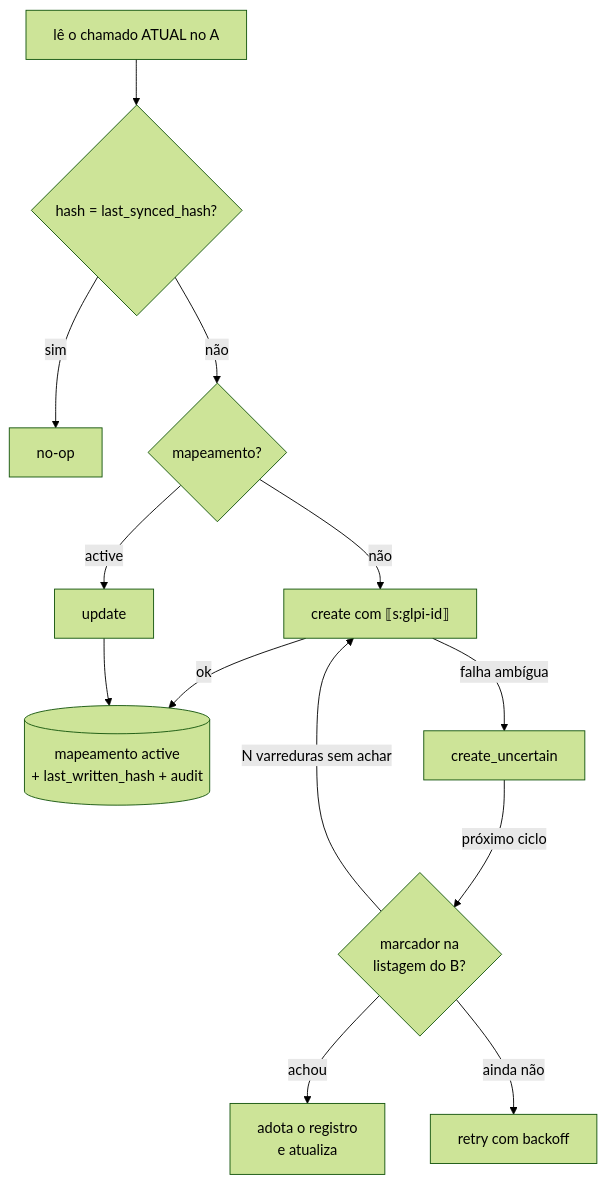
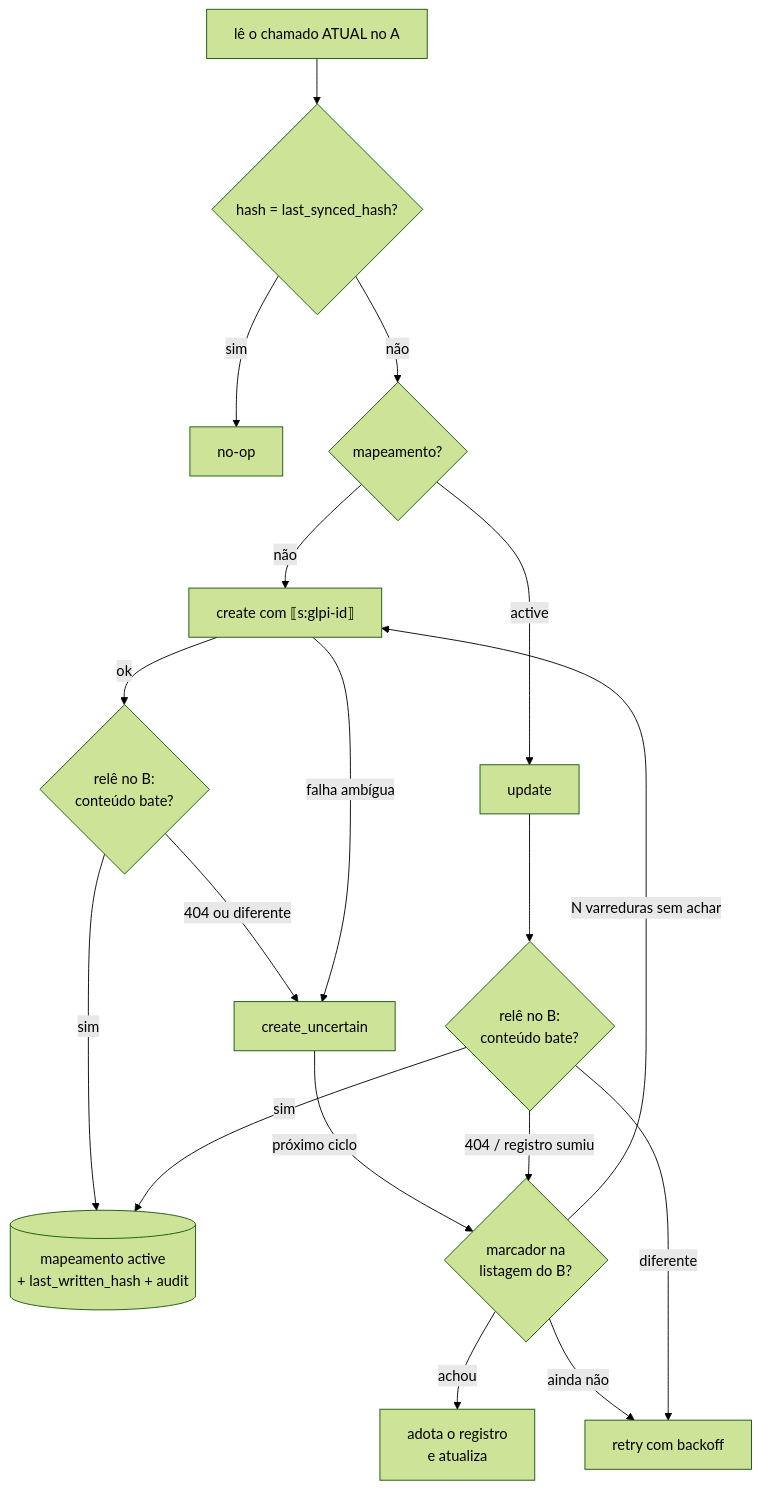
Before and after one commit to BossBurgues/desafiotecCyberCorp: the second of 2 diagrams in docs/how-it-works.md, drawn with Mermaid (forest theme). The commit also changed other lines of this file and 1 other file, not shown here.

Commit message:
docs: verificação pós-escrita no how-it-works e horas da S3.8 no timelog
Refs #36

````diff
--- a/docs/how-it-works.md
+++ b/docs/how-it-works.md
@@ -52,14 +52,19 @@
 ```mermaid
 flowchart TD
   L[lê o chamado ATUAL no A] --> H{hash = last_synced_hash?}
   H -- sim --> N[no-op]
   H -- não --> M{mapeamento?}
   M -- não --> C[create com ⟦s:glpi-id⟧]
-  C -- ok --> S[(mapeamento active<br/>+ last_written_hash + audit)]
+  C -- ok --> VC{relê no B:<br/>conteúdo bate?}
+  VC -- sim --> S[(mapeamento active<br/>+ last_written_hash + audit)]
+  VC -- 404 ou diferente --> U
   C -- falha ambígua --> U[create_uncertain]
   U -- próximo ciclo --> V{marcador na<br/>listagem do B?}
   V -- achou --> AD[adota o registro<br/>e atualiza]
   V -- N varreduras sem achar --> C
   V -- ainda não --> R[retry com backoff]
-  M -- active --> UP[update] --> S
+  M -- active --> UP[update] --> VU{relê no B:<br/>conteúdo bate?}
+  VU -- sim --> S
+  VU -- diferente --> R
+  VU -- 404 / registro sumiu --> V
 ```
````
